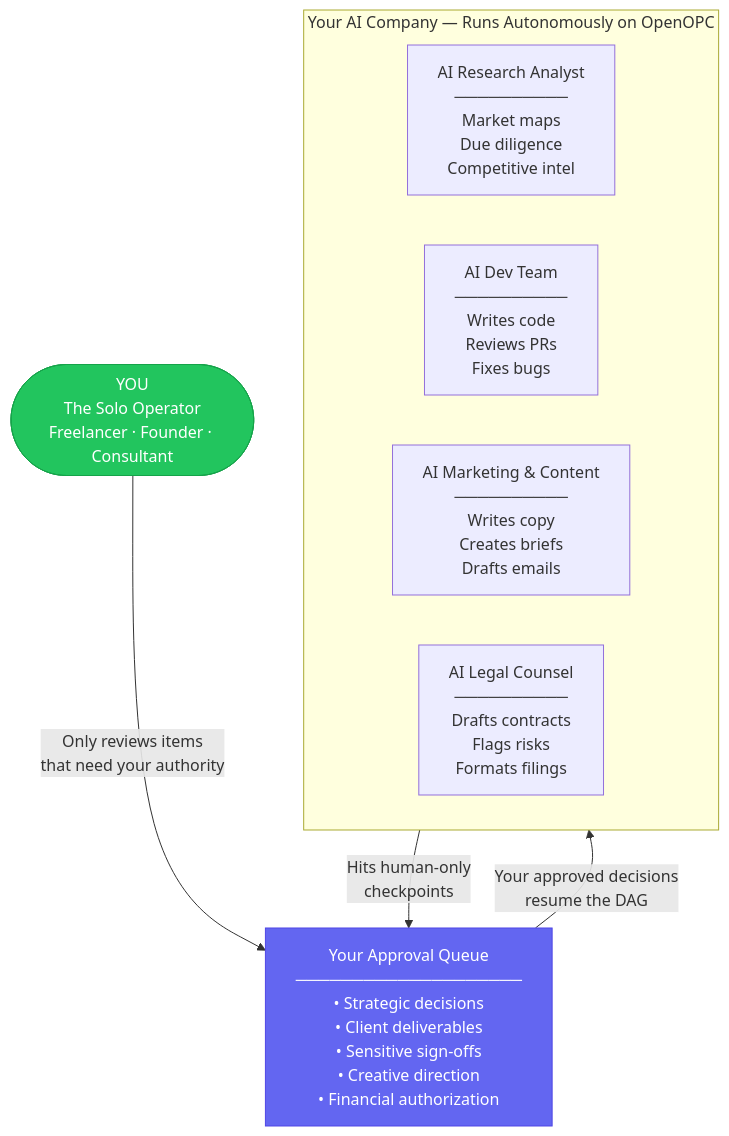
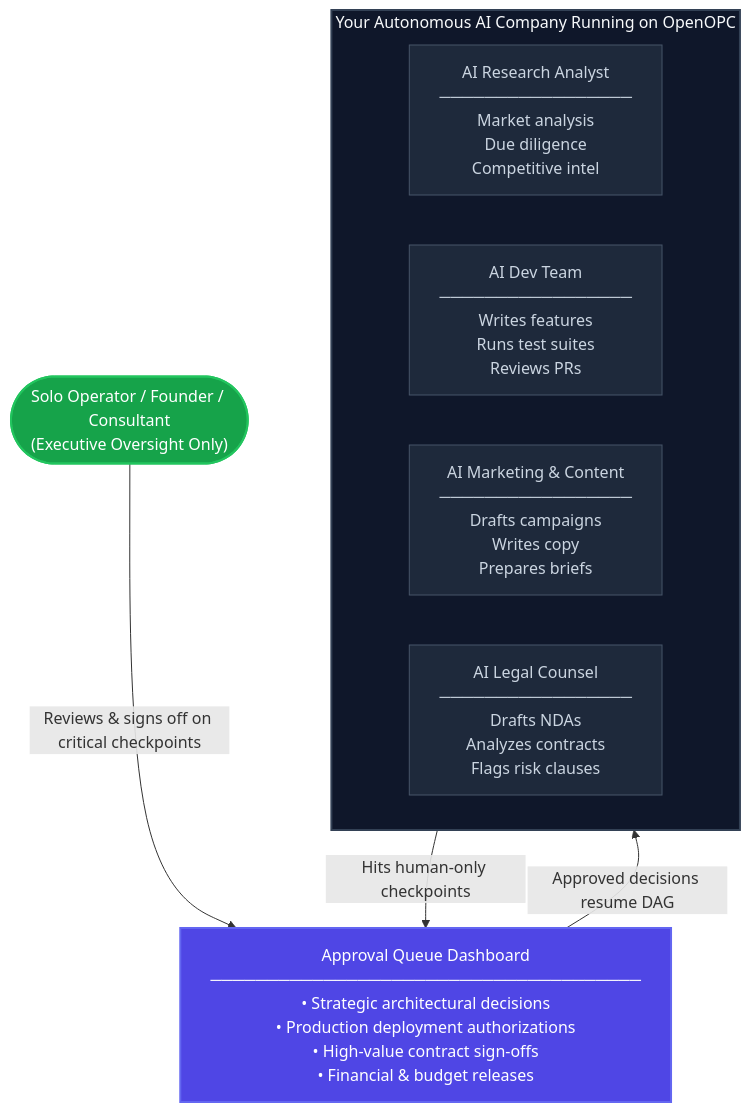
The third of 6 diagrams in README.md (AhmadHassan-BTed/OpenOPC-Shadow-Adapter), drawn with Mermaid before and after one commit. The commit also changed other lines of this file, not shown here.

Commit message:
docs(readme): beautify all 6 Mermaid diagrams with custom styling and 100% code coherence

````diff
--- a/README.md
+++ b/README.md
@@ -189,23 +213,28 @@
 ```mermaid
 flowchart TD
-    You(["YOU\nThe Solo Operator\nFreelancer · Founder · Consultant"])
+    Operator(["Solo Operator / Founder / Consultant\n(Executive Oversight Only)"])
 
-    You -->|Only reviews items\nthat need your authority| Queue
+    Operator -->|Reviews & signs off on critical checkpoints| Queue
 
-    Queue["Your Approval Queue\n────────────────────\n• Strategic decisions\n• Client deliverables\n• Sensitive sign-offs\n• Creative direction\n• Financial authorization"]
+    Queue["Approval Queue Dashboard\n──────────────────────────────────────\n• Strategic architectural decisions\n• Production deployment authorizations\n• High-value contract sign-offs\n• Financial & budget releases"]
 
-    Queue -->|Your approved decisions\nresume the DAG| Company
+    Queue -->|Approved decisions resume DAG| Company
 
-    subgraph Company["Your AI Company — Runs Autonomously on OpenOPC"]
+    subgraph Company ["Your Autonomous AI Company Running on OpenOPC"]
         direction LR
-        Research["AI Research Analyst\n──────────\nMarket maps\nDue diligence\nCompetitive intel"]
-        Dev["AI Dev Team\n──────────\nWrites code\nReviews PRs\nFixes bugs"]
-        Marketing["AI Marketing & Content\n──────────\nWrites copy\nCreates briefs\nDrafts emails"]
-        Legal["AI Legal Counsel\n──────────\nDrafts contracts\nFlags risks\nFormats filings"]
+        Research["AI Research Analyst\n─────────────────\nMarket analysis\nDue diligence\nCompetitive intel"]
+        Dev["AI Dev Team\n─────────────────\nWrites features\nRuns test suites\nReviews PRs"]
+        Marketing["AI Marketing & Content\n─────────────────\nDrafts campaigns\nWrites copy\nPrepares briefs"]
+        Legal["AI Legal Counsel\n─────────────────\nDrafts NDAs\nAnalyzes contracts\nFlags risk clauses"]
     end
 
-    Company -->|Hits human-only\ncheckpoints| Queue
+    Company -->|Hits human-only checkpoints| Queue
 
-    style You fill:#22c55e,color:#fff,stroke:#16a34a
-    style Queue fill:#6366f1,color:#fff,stroke:#4f46e5
+    style Operator fill:#16a34a,color:#ffffff,stroke:#22c55e,stroke-width:2px
+    style Queue fill:#4f46e5,color:#ffffff,stroke:#6366f1,stroke-width:2px
+    style Company fill:#0f172a,color:#f8fafc,stroke:#334155,stroke-width:2px
+    style Research fill:#1e293b,color:#cbd5e1,stroke:#475569,stroke-width:1px
+    style Dev fill:#1e293b,color:#cbd5e1,stroke:#475569,stroke-width:1px
+    style Marketing fill:#1e293b,color:#cbd5e1,stroke:#475569,stroke-width:1px
+    style Legal fill:#1e293b,color:#cbd5e1,stroke:#475569,stroke-width:1px
 ```
````
